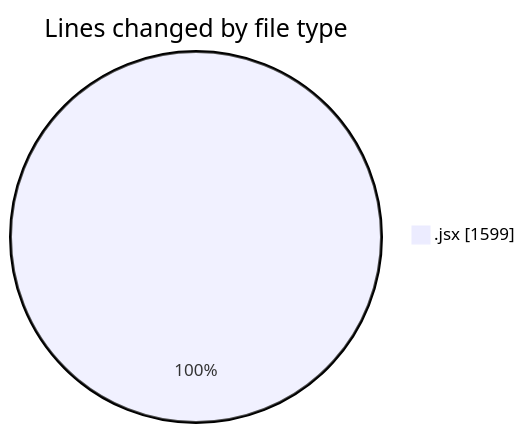
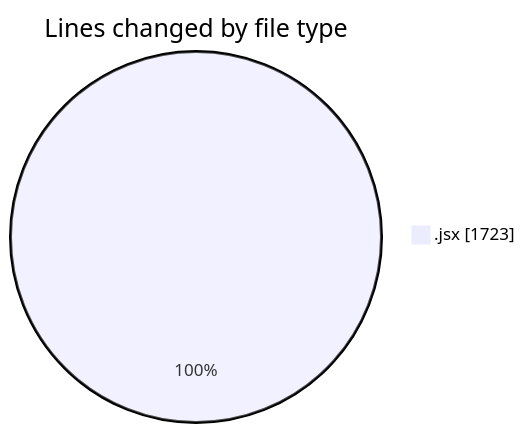
One commit to nxtqubesakshisongat/code-tracking changed the first of 2 diagrams in 2025-05-05/nxtqube_webapp/README.md. Above: the diagram before and after it, drawn with Mermaid. The commit also changed other lines of this file and 1 other file, not shown here.

````diff
--- a/2025-05-05/nxtqube_webapp/README.md
+++ b/2025-05-05/nxtqube_webapp/README.md
@@ -20,5 +20,5 @@
 ```mermaid
 pie showData
 title Lines changed by file type
-".jsx" : 1599
+".jsx" : 1723
 ```
````
